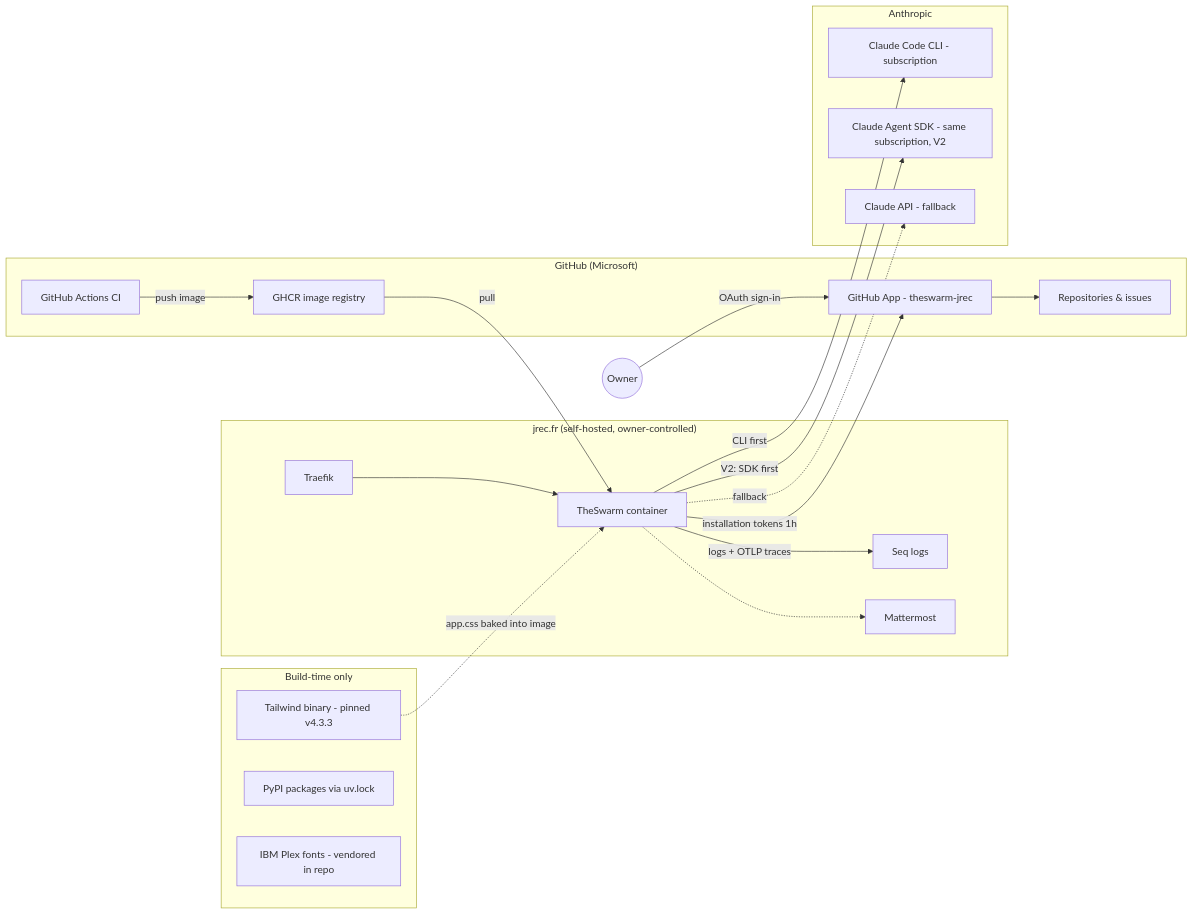
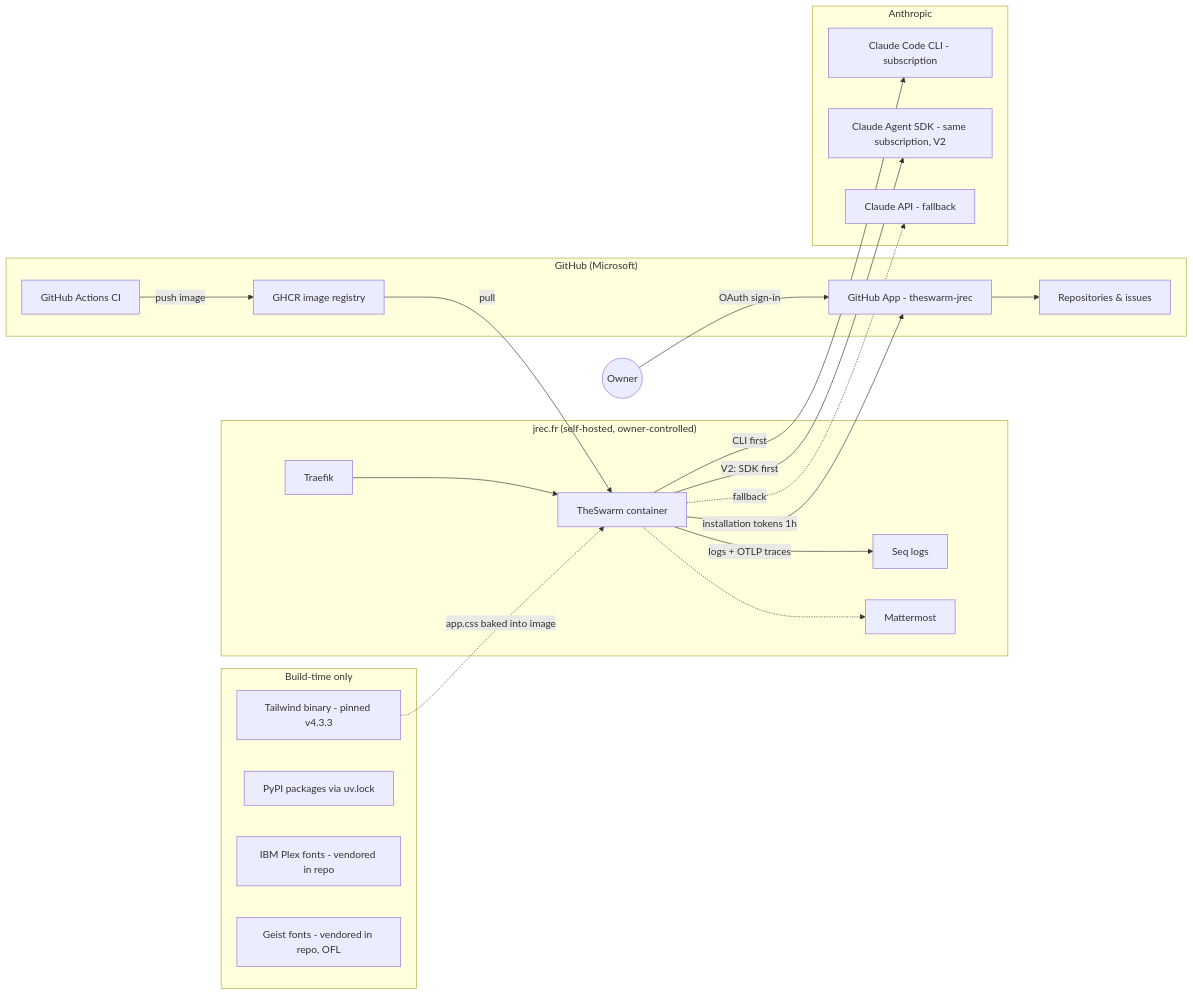
The diagram in docs/DEPENDENCIES.md (jrechet/theswarm), drawn with Mermaid before and after one commit. The commit also changed other lines of this file and 26 other files, not shown here.

````diff
--- a/docs/DEPENDENCIES.md
+++ b/docs/DEPENDENCIES.md
@@ -7,40 +7,41 @@
 ```mermaid
 flowchart LR
     subgraph Serving["jrec.fr (self-hosted, owner-controlled)"]
         SWARM[TheSwarm container]
         TRAEFIK[Traefik]
         SEQ[Seq logs]
         MM[Mattermost]
     end
 
     subgraph GitHub["GitHub (Microsoft)"]
         GHREPOS[Repositories & issues]
         GHAPP[GitHub App - theswarm-jrec]
         GHCR[GHCR image registry]
         GHA[GitHub Actions CI]
     end
 
     subgraph Anthropic["Anthropic"]
         CLI[Claude Code CLI - subscription]
         SDK[Claude Agent SDK - same subscription, V2]
         API[Claude API - fallback]
     end
 
     subgraph Buildtime["Build-time only"]
         TW[Tailwind binary - pinned v4.3.3]
         PYPI[PyPI packages via uv.lock]
         PLEX[IBM Plex fonts - vendored in repo]
+        GEIST[Geist fonts - vendored in repo, OFL]
     end
 
     USER((Owner)) -->|OAuth sign-in| GHAPP
     TRAEFIK --> SWARM
     SWARM -->|installation tokens 1h| GHAPP
     GHAPP --> GHREPOS
     SWARM -->|CLI first| CLI
     SWARM -->|V2: SDK first| SDK
     SWARM -.->|fallback| API
     SWARM -->|logs + OTLP traces| SEQ
     SWARM -.-> MM
     GHA -->|push image| GHCR -->|pull| SWARM
     TW -.->|app.css baked into image| SWARM
 ```
````
